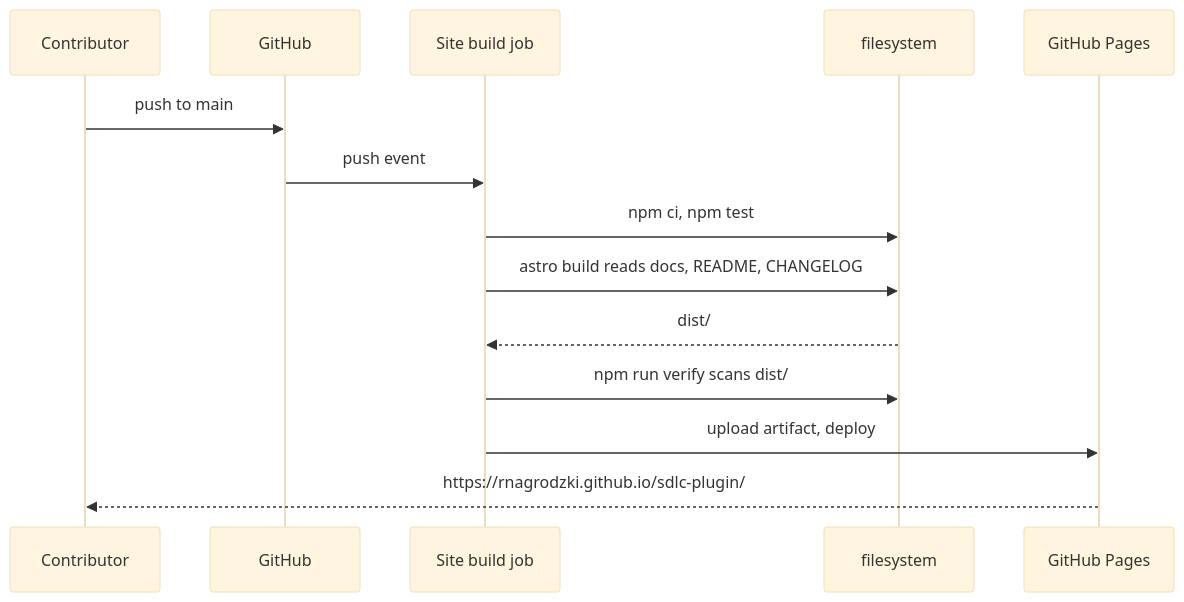
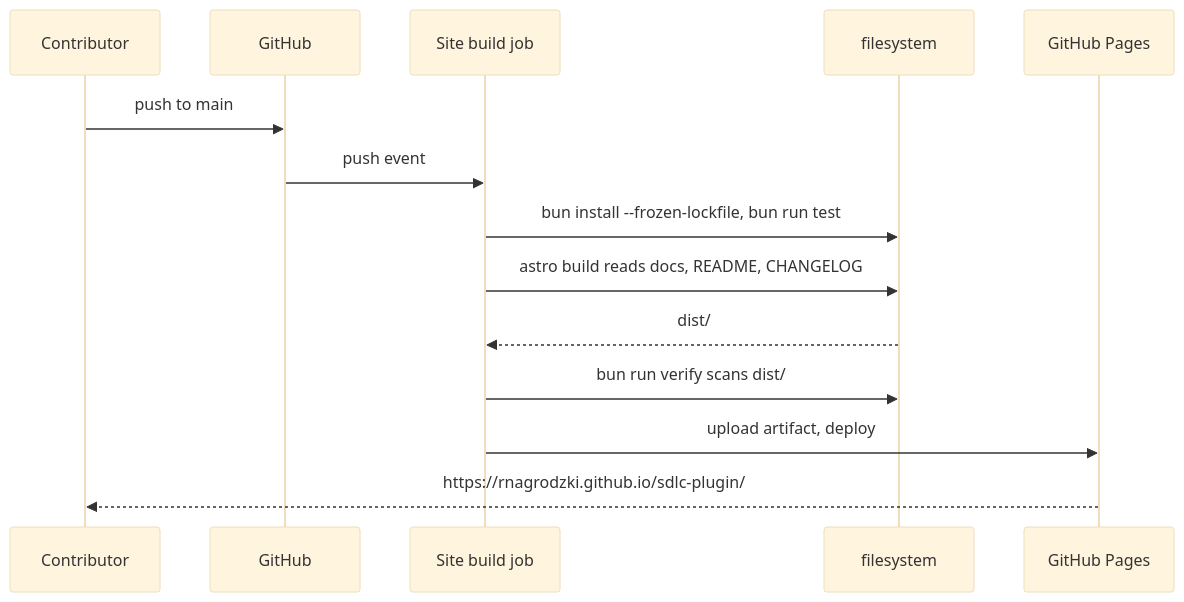
Before and after one commit to rnagrodzki/sdlc-plugin: the second of 2 diagrams in openspec/changes/github-pages-site/design.md, drawn with Mermaid (base theme). The commit also changed 12 other files, not shown here.

````diff
--- a/openspec/changes/github-pages-site/design.md
+++ b/openspec/changes/github-pages-site/design.md
@@ -58,16 +58,16 @@
 ```mermaid
 sequenceDiagram
   participant user as Contributor
   participant gh as GitHub
   participant job as Site build job
   participant fs as filesystem
   participant pages as GitHub Pages
   user->>gh: push to main
   gh->>job: push event
-  job->>fs: npm ci, npm test
+  job->>fs: bun install --frozen-lockfile, bun run test
   job->>fs: astro build reads docs, README, CHANGELOG
   fs-->>job: dist/
-  job->>fs: npm run verify scans dist/
+  job->>fs: bun run verify scans dist/
   job->>pages: upload artifact, deploy
   pages-->>user: https://rnagrodzki.github.io/sdlc-plugin/
 ```
````
